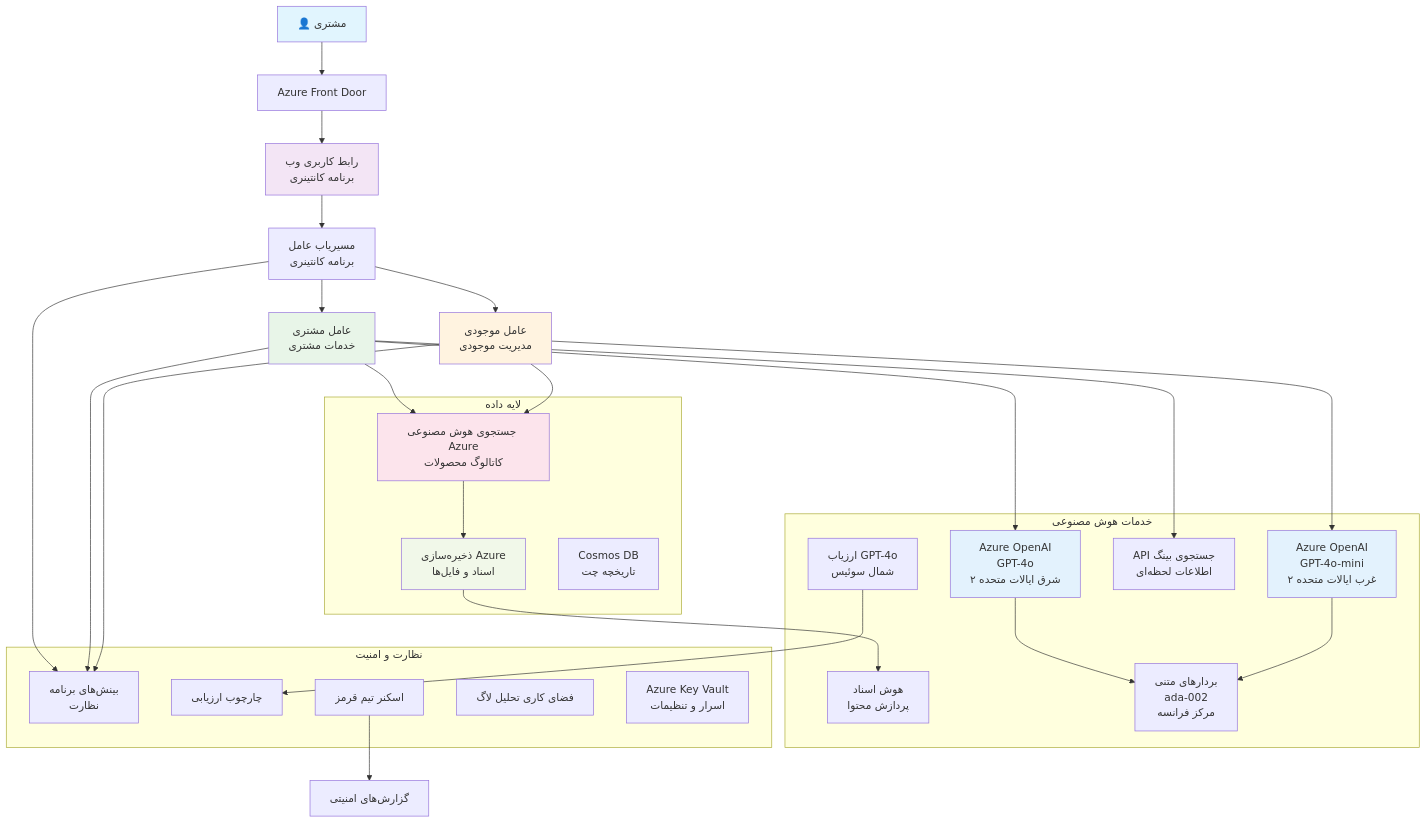
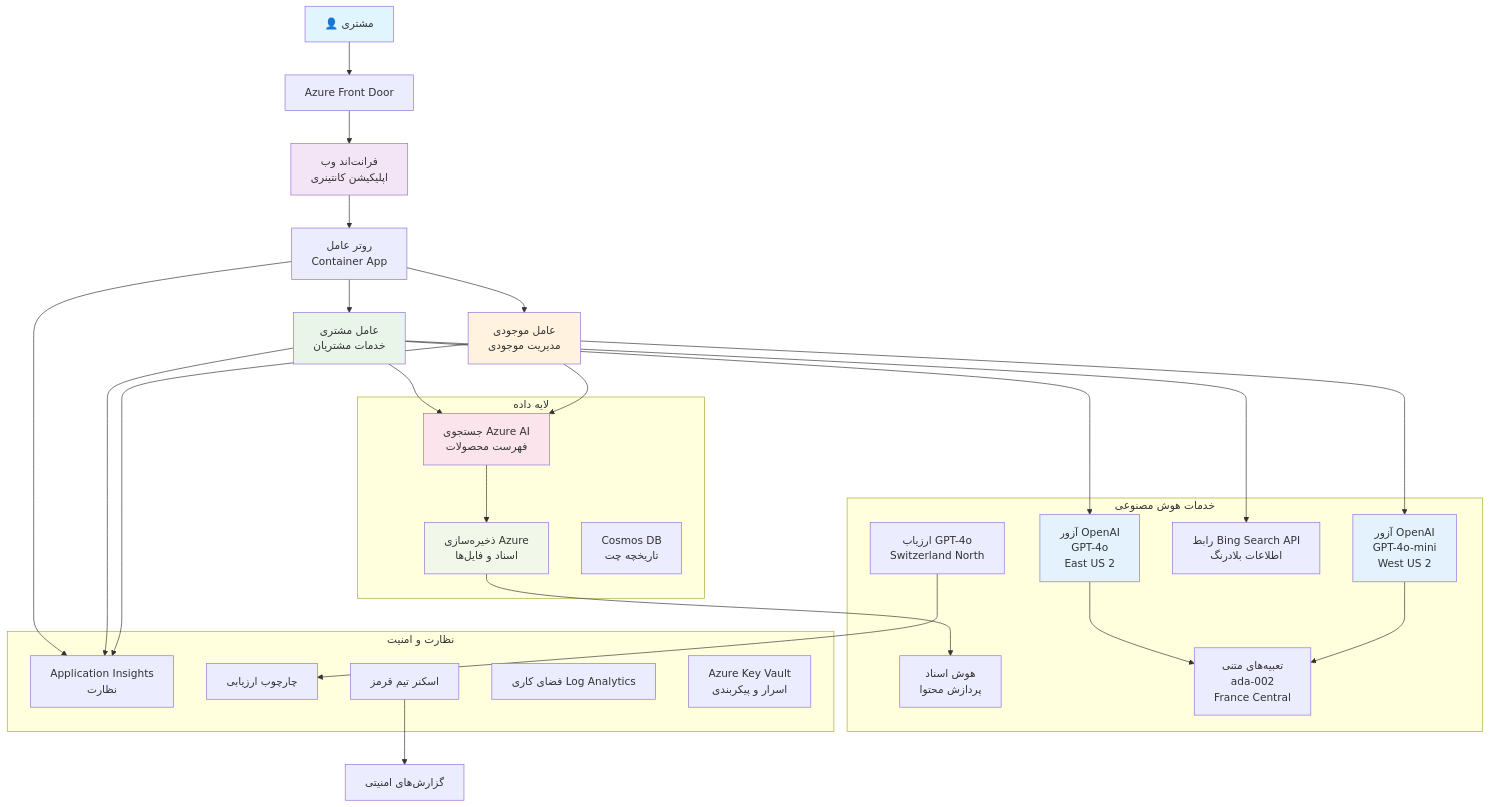
The diagram in translations/fa/examples/retail-scenario.md (microsoft/AZD-for-beginners), drawn with Mermaid before and after one commit. The commit also changed other lines of this file and 298 other files, not shown here.

````diff
--- a/translations/fa/examples/retail-scenario.md
+++ b/translations/fa/examples/retail-scenario.md
@@ -148,61 +139,61 @@
 ```mermaid
 graph TB
     User[👤 مشتری] --> LB[Azure Front Door]
-    LB --> WebApp[رابط کاربری وب<br/>برنامه کانتینری]
+    LB --> WebApp[فرانت‌اند وب<br/>اپلیکیشن کانتینری]
     
-    WebApp --> Router[مسیریاب عامل<br/>برنامه کانتینری]
-    Router --> CustomerAgent[عامل مشتری<br/>خدمات مشتری]
+    WebApp --> Router[روتر عامل<br/>Container App]
+    Router --> CustomerAgent[عامل مشتری<br/>خدمات مشتریان]
     Router --> InvAgent[عامل موجودی<br/>مدیریت موجودی]
     
-    CustomerAgent --> OpenAI1[Azure OpenAI<br/>GPT-4o<br/>شرق ایالات متحده ۲]
-    InvAgent --> OpenAI2[Azure OpenAI<br/>GPT-4o-mini<br/>غرب ایالات متحده ۲]
+    CustomerAgent --> OpenAI1[آزور OpenAI<br/>GPT-4o<br/>East US 2]
+    InvAgent --> OpenAI2[آزور OpenAI<br/>GPT-4o-mini<br/>West US 2]
     
-    CustomerAgent --> AISearch[جستجوی هوش مصنوعی Azure<br/>کاتالوگ محصولات]
-    CustomerAgent --> BingSearch[API جستجوی بینگ<br/>اطلاعات لحظه‌ای]
+    CustomerAgent --> AISearch[جستجوی Azure AI<br/>فهرست محصولات]
+    CustomerAgent --> BingSearch[رابط Bing Search API<br/>اطلاعات بلادرنگ]
     InvAgent --> AISearch
     
     AISearch --> Storage[ذخیره‌سازی Azure<br/>اسناد و فایل‌ها]
     Storage --> DocIntel[هوش اسناد<br/>پردازش محتوا]
     
-    OpenAI1 --> Embeddings[بردارهای متنی<br/>ada-002<br/>مرکز فرانسه]
+    OpenAI1 --> Embeddings[تعبیه‌های متنی<br/>ada-002<br/>France Central]
     OpenAI2 --> Embeddings
     
-    Router --> AppInsights[بینش‌های برنامه<br/>نظارت]
+    Router --> AppInsights[Application Insights<br/>نظارت]
     CustomerAgent --> AppInsights
     InvAgent --> AppInsights
     
-    GraderModel[ارزیاب GPT-4o<br/>شمال سوئیس] --> Evaluation[چارچوب ارزیابی]
+    GraderModel[ارزیاب GPT-4o<br/>Switzerland North] --> Evaluation[چارچوب ارزیابی]
     RedTeam[اسکنر تیم قرمز] --> SecurityReports[گزارش‌های امنیتی]
     
     subgraph "لایه داده"
         Storage
         AISearch
         CosmosDB[Cosmos DB<br/>تاریخچه چت]
     end
     
     subgraph "خدمات هوش مصنوعی"
         OpenAI1
         OpenAI2
         Embeddings
         GraderModel
         DocIntel
         BingSearch
     end
     
     subgraph "نظارت و امنیت"
         AppInsights
-        LogAnalytics[فضای کاری تحلیل لاگ]
-        KeyVault[Azure Key Vault<br/>اسرار و تنظیمات]
+        LogAnalytics[فضای کاری Log Analytics]
+        KeyVault[Azure Key Vault<br/>اسرار و پیکربندی]
         RedTeam
         Evaluation
     end
     
     style User fill:#e1f5fe
     style WebApp fill:#f3e5f5
     style CustomerAgent fill:#e8f5e8
     style InvAgent fill:#fff3e0
     style OpenAI1 fill:#e3f2fd
     style OpenAI2 fill:#e3f2fd
     style AISearch fill:#fce4ec
     style Storage fill:#f1f8e9
-```  
+```
````
